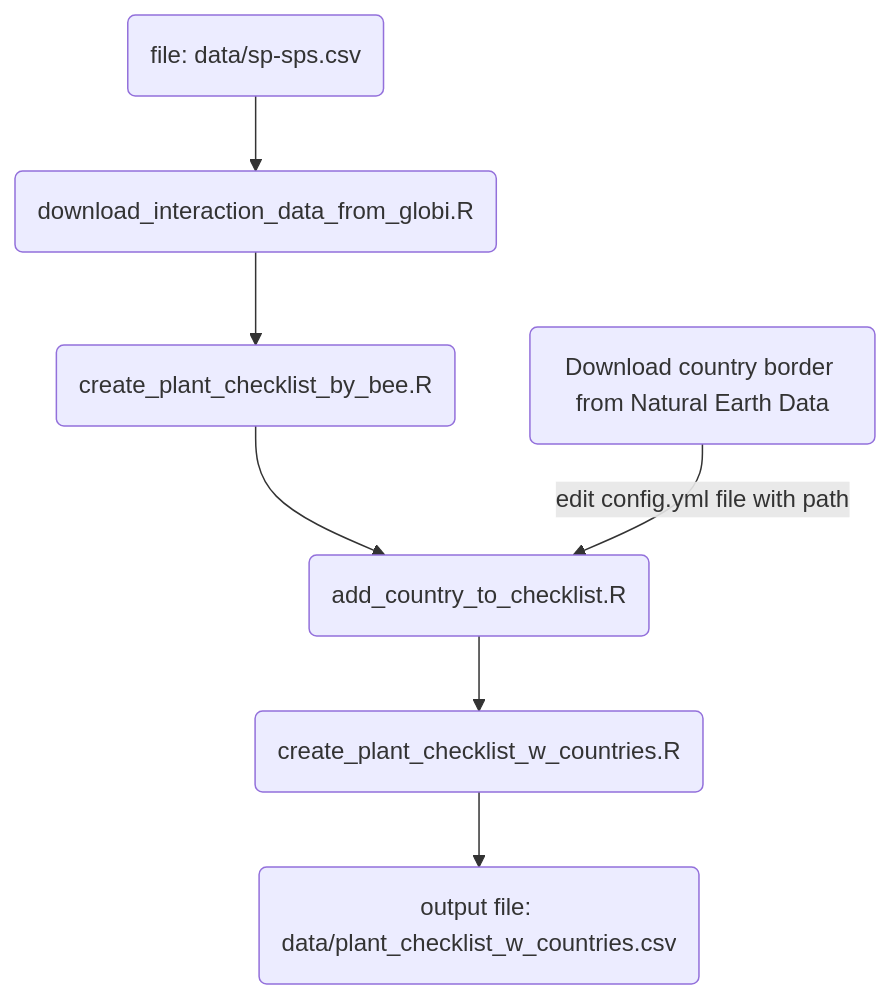
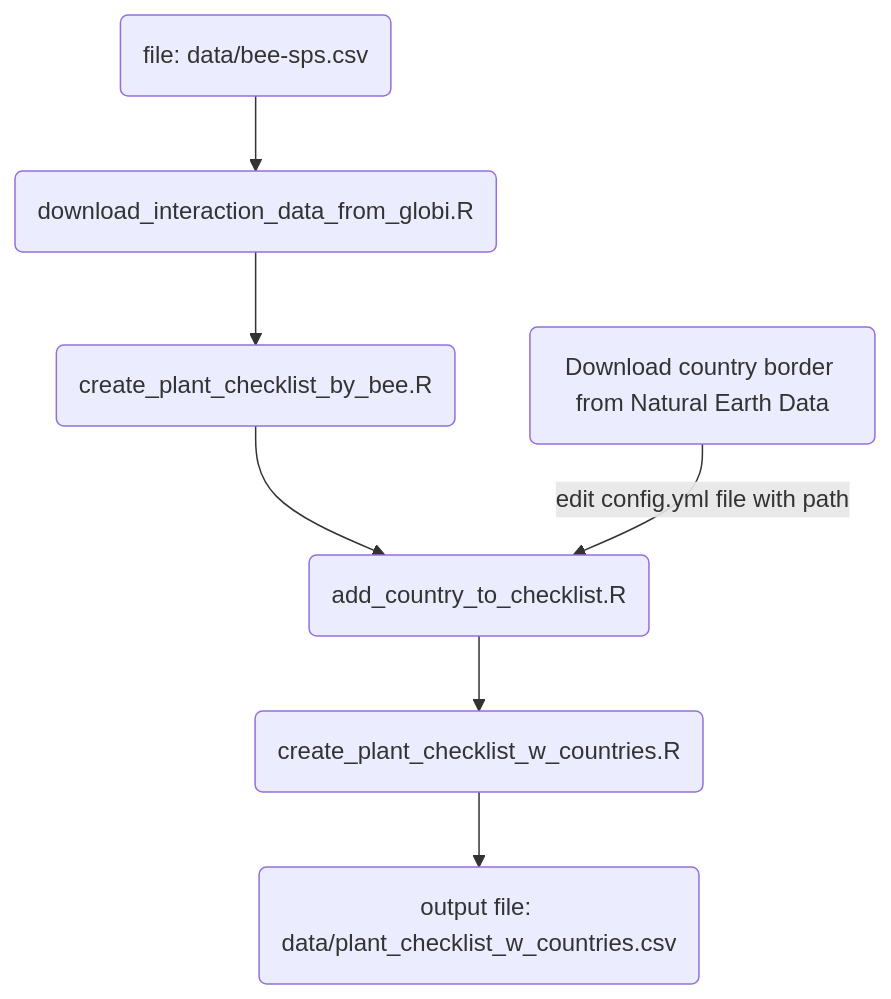
The diagram in README.md (CONABIO/BeeTool-utils), drawn with Mermaid before and after one commit. The commit also changed other lines of this file, not shown here.

````diff
--- a/README.md
+++ b/README.md
@@ -26,10 +26,10 @@
 ```mermaid
 flowchart TD
-    A("file: data/sp-sps.csv") --> B("download_interaction_data_from_globi.R")
+    A("file: data/bee-sps.csv") --> B("download_interaction_data_from_globi.R")
     B --> C("create_plant_checklist_by_bee.R")
     D("Download country border from Natural Earth Data")
     C --> E("add_country_to_checklist.R")
     D --> |edit config.yml file with path|E
     E --> F("create_plant_checklist_w_countries.R")
     F --> G("output file: data/plant_checklist_w_countries.csv")
 ```
````
